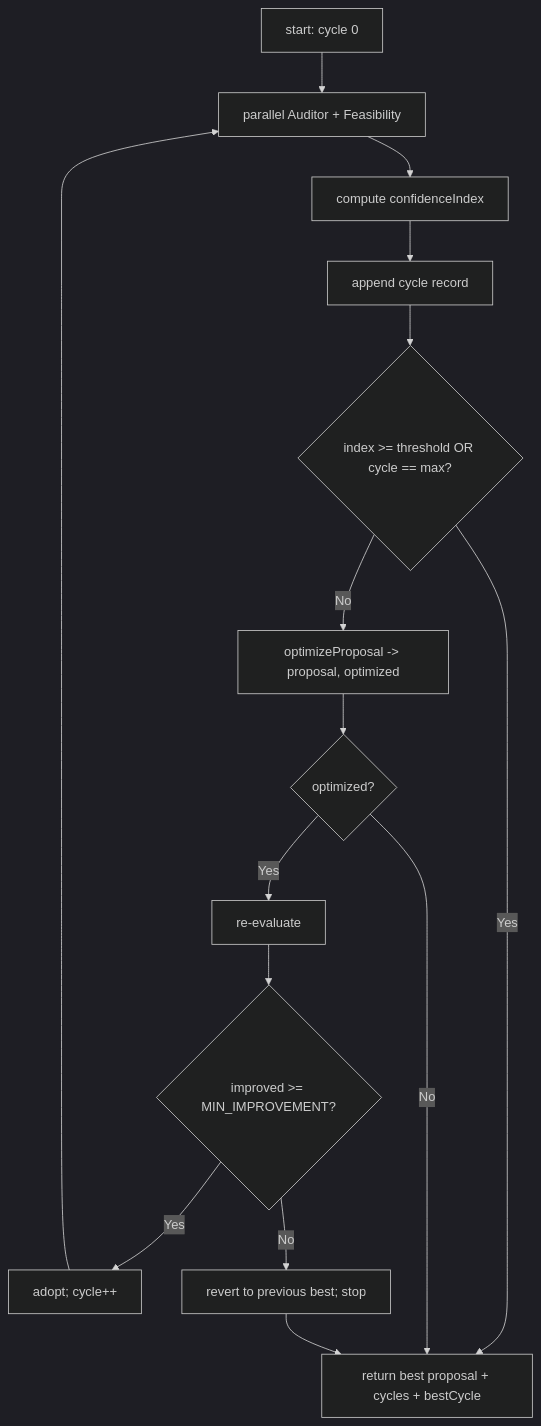
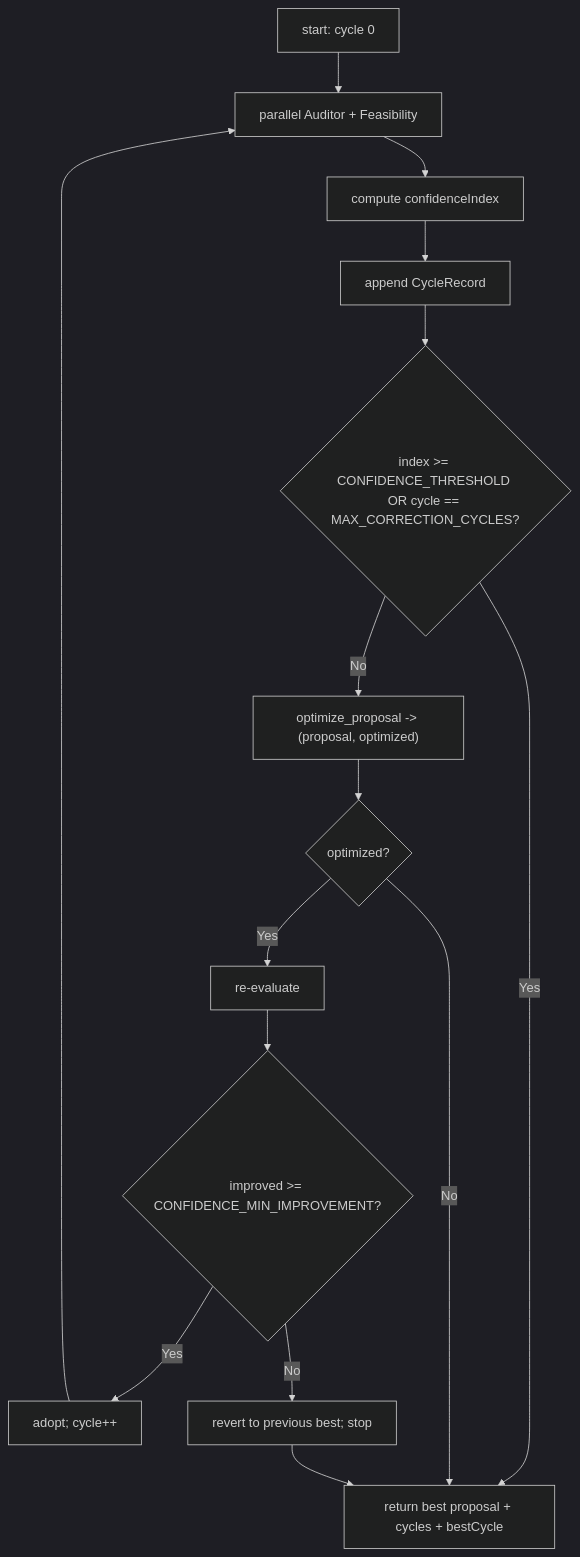
The second of 2 diagrams in docs/specifications/ai_features/stories/AIE-03-confidence-grid-self-correction.md (FixFlow-AI/FixFlow-AI-web), drawn with Mermaid (dark theme) before and after one commit. The commit also changed other lines of this file and 13 other files, not shown here.

````diff
--- a/docs/specifications/ai_features/stories/AIE-03-confidence-grid-self-correction.md
+++ b/docs/specifications/ai_features/stories/AIE-03-confidence-grid-self-correction.md
@@ -76,17 +81,17 @@
 ```mermaid
 flowchart TD
     S[start: cycle 0] --> EV[parallel Auditor + Feasibility]
     EV --> IDX[compute confidenceIndex]
-    IDX --> REC[append cycle record]
-    REC --> PASS{index >= threshold OR cycle == max?}
+    IDX --> REC[append CycleRecord]
+    REC --> PASS{index >= CONFIDENCE_THRESHOLD OR cycle == MAX_CORRECTION_CYCLES?}
     PASS -->|Yes| OUT[return best proposal + cycles + bestCycle]
-    PASS -->|No| OPT[optimizeProposal -> proposal, optimized]
+    PASS -->|No| OPT["optimize_proposal -> (proposal, optimized)"]
     OPT --> OK{optimized?}
     OK -->|No| OUT
     OK -->|Yes| RE[re-evaluate]
-    RE --> IMP{improved >= MIN_IMPROVEMENT?}
+    RE --> IMP{improved >= CONFIDENCE_MIN_IMPROVEMENT?}
     IMP -->|Yes| NEXT[adopt; cycle++]
     IMP -->|No| REV[revert to previous best; stop]
     NEXT --> EV
     REV --> OUT
 ```
````
